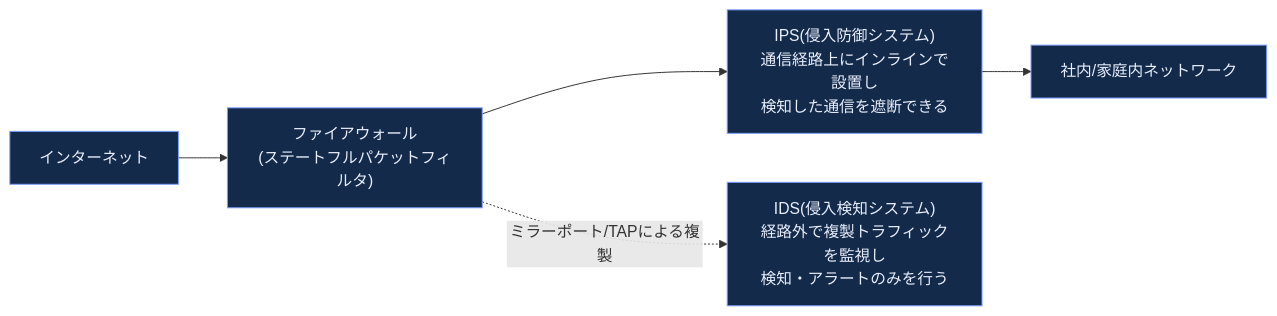
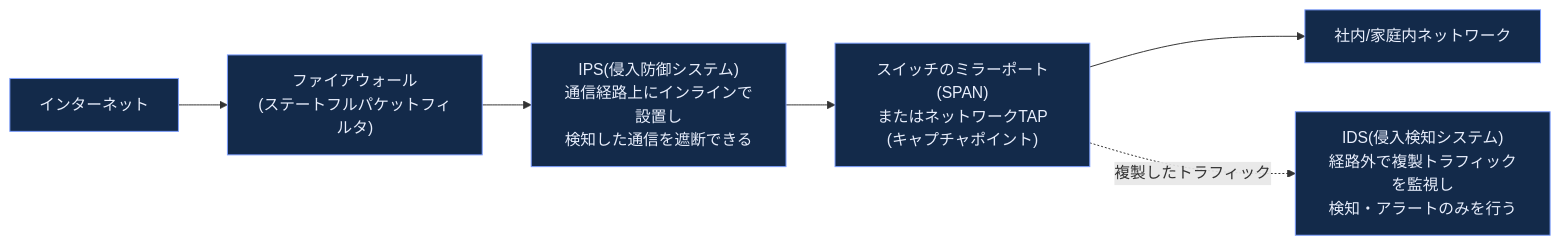
Diagram 38 of 41 in Computer-networking-topdown-guide.md (myoshi2891/Cloud-Infrastructure-Studies), drawn with Mermaid before and after one commit. The commit also changed other lines of this file, not shown here.

Commit message:
docs(networking): clarify 3GPP Release 21 milestones and IDS/IPS tap placement in top-down guide

````diff
--- a/Computer-networking-topdown-guide.md
+++ b/Computer-networking-topdown-guide.md
@@ -1004,10 +1004,11 @@
 ```mermaid
 flowchart LR
     INTERNET["インターネット"] --> FW["ファイアウォール<br/>(ステートフルパケットフィルタ)"]
     FW --> IPS["IPS(侵入防御システム)<br/>通信経路上にインラインで設置し<br/>検知した通信を遮断できる"]
-    IPS --> LAN2["社内/家庭内ネットワーク"]
-    FW -.->|ミラーポート/TAPによる複製| IDS["IDS(侵入検知システム)<br/>経路外で複製トラフィックを監視し<br/>検知・アラートのみを行う"]
+    IPS --> SPAN["スイッチのミラーポート(SPAN)<br/>またはネットワークTAP<br/>(キャプチャポイント)"]
+    SPAN --> LAN2["社内/家庭内ネットワーク"]
+    SPAN -.->|複製したトラフィック| IDS["IDS(侵入検知システム)<br/>経路外で複製トラフィックを監視し<br/>検知・アラートのみを行う"]
 
     classDef secFill fill:#132a4a,stroke:#7c9eff,color:#e8eefc
-    class INTERNET,FW,IPS,IDS,LAN2 secFill
+    class INTERNET,FW,IPS,SPAN,IDS,LAN2 secFill
 ```
````
